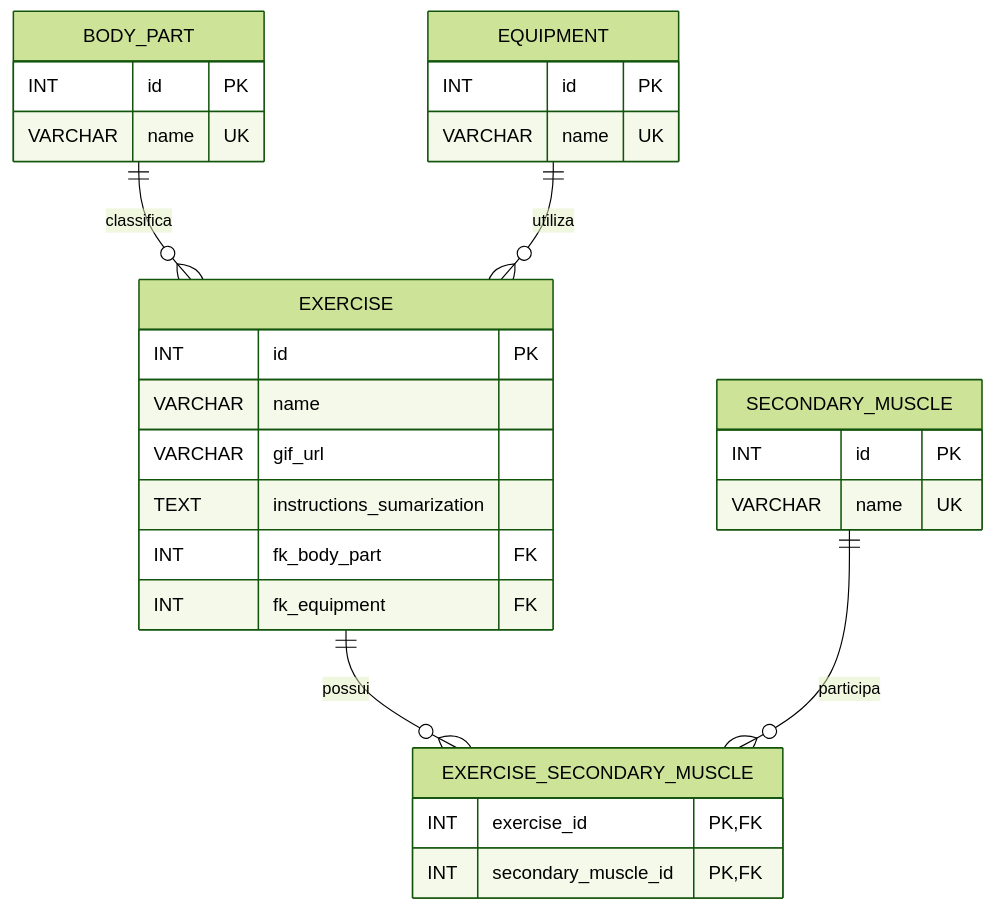
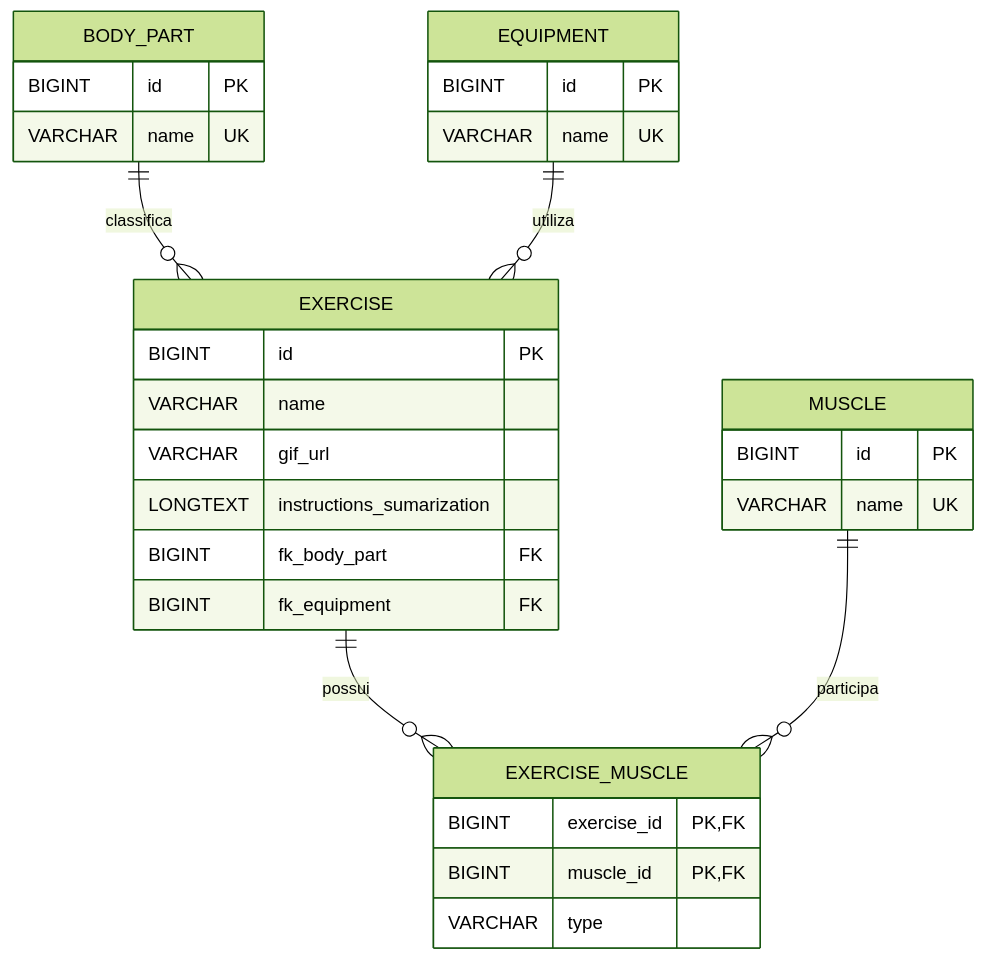
One commit to Projeto-Pesquisa-e-Inovacao-III/spring-api-system changed the diagram in etl/README.md. Above: the diagram before and after it, drawn with Mermaid (forest theme). The commit also changed other lines of this file and 11 other files, not shown here.

````diff
--- a/etl/README.md
+++ b/etl/README.md
@@ -155,36 +158,37 @@
 ```mermaid
 erDiagram
 	BODY_PART ||--o{ EXERCISE : classifica
 	EQUIPMENT ||--o{ EXERCISE : utiliza
-	EXERCISE ||--o{ EXERCISE_SECONDARY_MUSCLE : possui
-	SECONDARY_MUSCLE ||--o{ EXERCISE_SECONDARY_MUSCLE : participa
+	EXERCISE ||--o{ EXERCISE_MUSCLE : possui
+	MUSCLE ||--o{ EXERCISE_MUSCLE : participa
 
 	BODY_PART {
-		INT id PK
+		BIGINT id PK
 		VARCHAR name UK
 	}
 
 	EQUIPMENT {
-		INT id PK
+		BIGINT id PK
 		VARCHAR name UK
 	}
 
-	SECONDARY_MUSCLE {
-		INT id PK
+	MUSCLE {
+		BIGINT id PK
 		VARCHAR name UK
 	}
 
 	EXERCISE {
-		INT id PK
+		BIGINT id PK
 		VARCHAR name
 		VARCHAR gif_url
-		TEXT instructions_sumarization
-		INT fk_body_part FK
-		INT fk_equipment FK
+		LONGTEXT instructions_sumarization
+		BIGINT fk_body_part FK
+		BIGINT fk_equipment FK
 	}
 
-	EXERCISE_SECONDARY_MUSCLE {
-		INT exercise_id PK, FK
-		INT secondary_muscle_id PK, FK
+	EXERCISE_MUSCLE {
+		BIGINT exercise_id PK, FK
+		BIGINT muscle_id PK, FK
+		VARCHAR type
 	}
 ```
````
